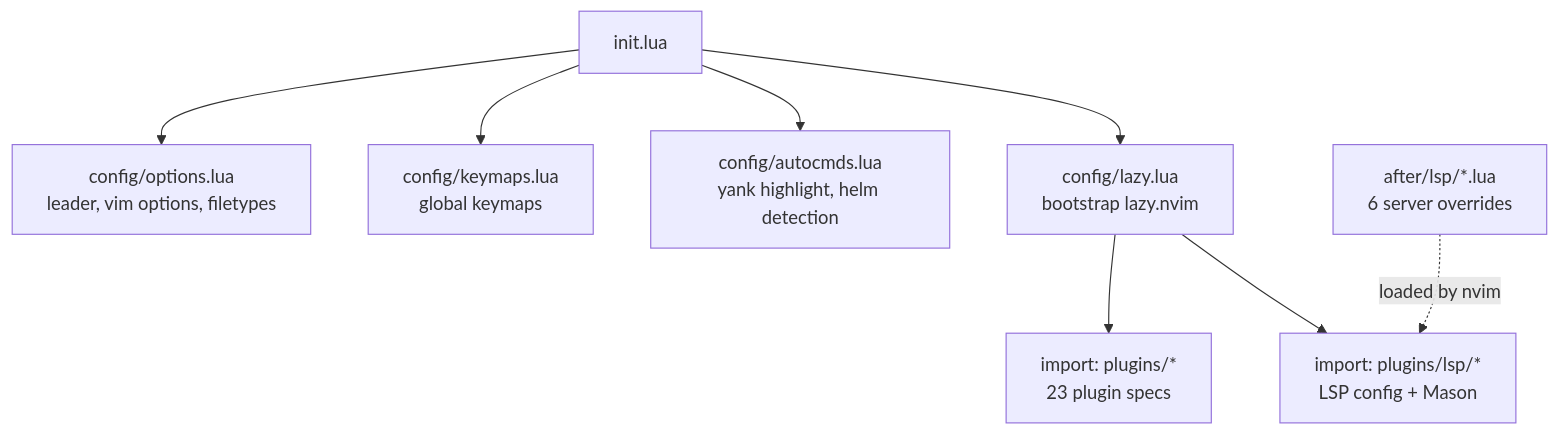
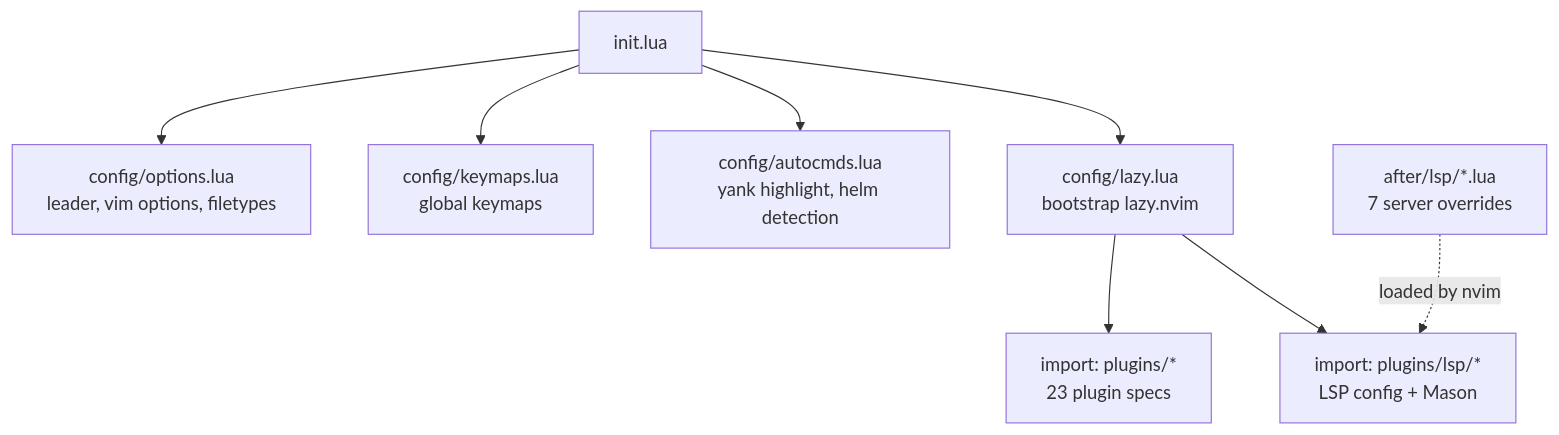
One commit to mbastakis/dotfiles changed the first of 2 diagrams in docs/components/nvim.md. Above: the diagram before and after it, drawn with Mermaid. The commit also changed other lines of this file and 15 other files, not shown here.

````diff
--- a/docs/components/nvim.md
+++ b/docs/components/nvim.md
@@ -9,10 +9,10 @@
 ```mermaid
 flowchart TD
   A[init.lua] --> B[config/options.lua<br/>leader, vim options, filetypes]
   A --> C[config/keymaps.lua<br/>global keymaps]
   A --> D[config/autocmds.lua<br/>yank highlight, helm detection]
   A --> E[config/lazy.lua<br/>bootstrap lazy.nvim]
   E --> F["import: plugins/*<br/>23 plugin specs"]
   E --> G["import: plugins/lsp/*<br/>LSP config + Mason"]
-  H["after/lsp/*.lua<br/>6 server overrides"] -.->|loaded by nvim| G
+  H["after/lsp/*.lua<br/>7 server overrides"] -.->|loaded by nvim| G
 ```
````
